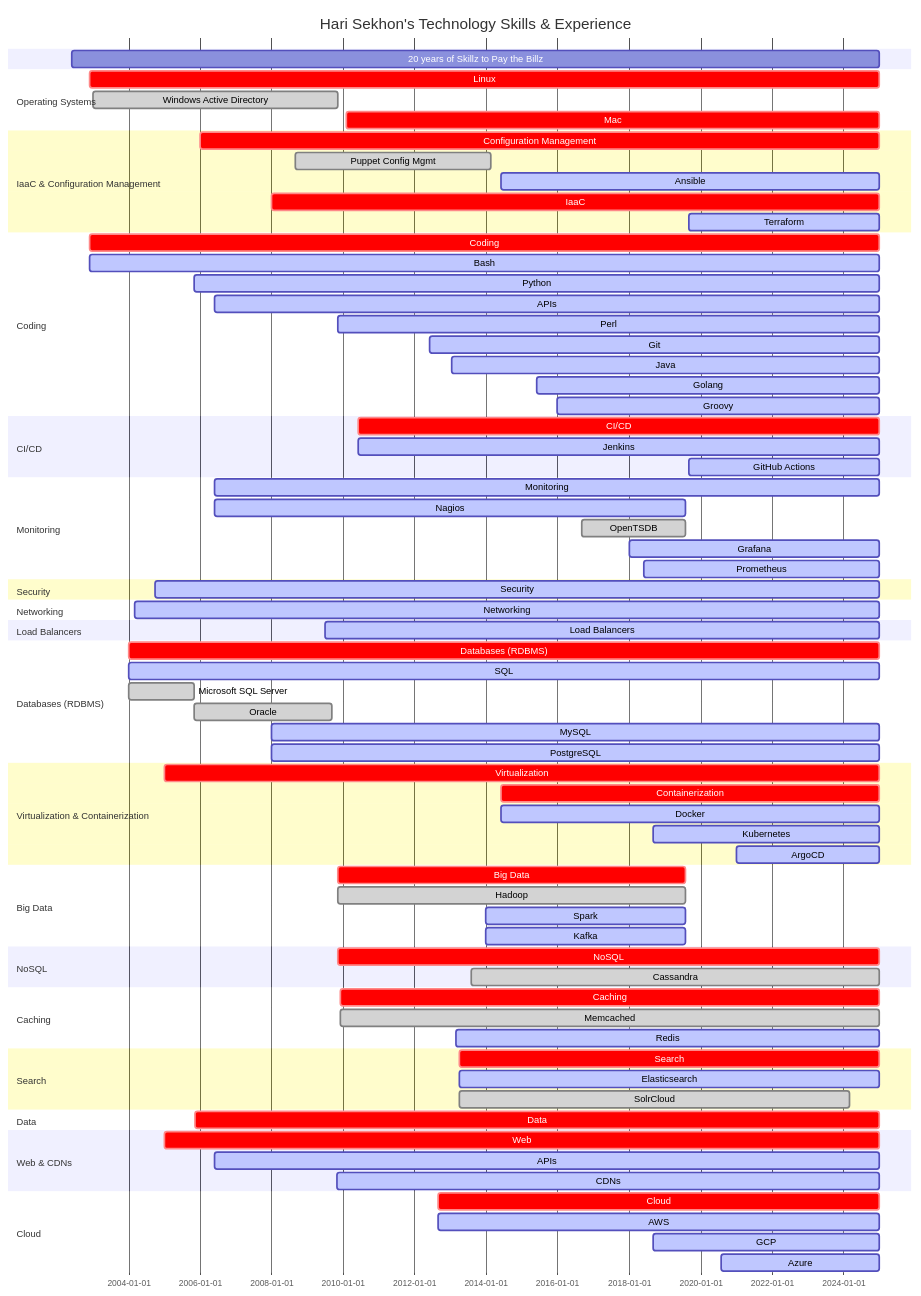
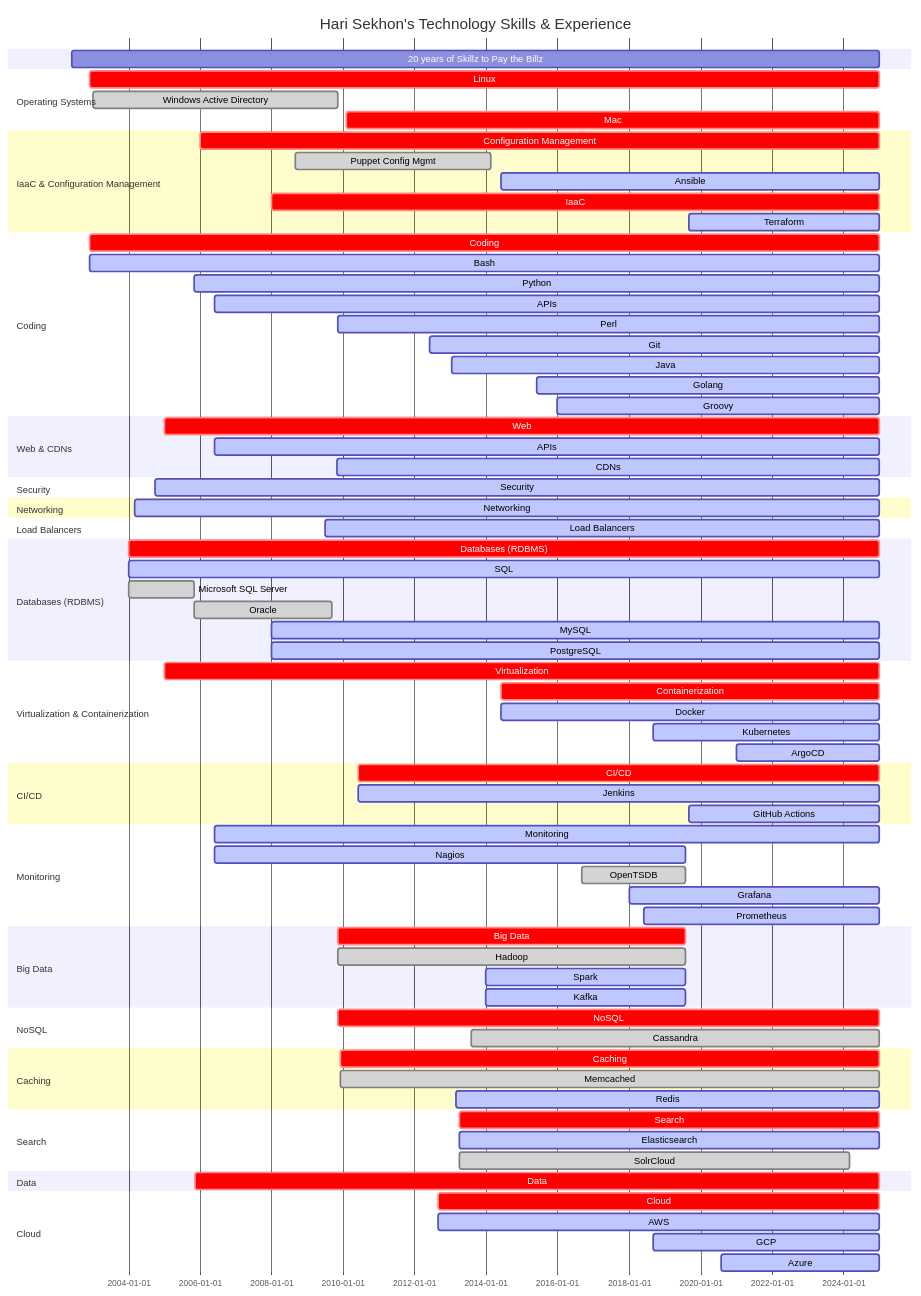
The diagram in README.md (HariSekhon/HariSekhon), drawn with Mermaid before and after one commit. The commit also changed other lines of this file, not shown here.

```diff
--- a/README.md
+++ b/README.md
@@ -328,28 +328,13 @@
     %%Git                    : active, 2012-06-01, 2024-12-31
     %%GitHub                 : active, 2012-12-31, 2024-12-31
 
-    section CI/CD
-    CI/CD                  : crit, 2010-06-01, 2024-12-31
-    Jenkins                : active, 2010-06-01, 2024-12-31
-    %%Travis CI              : done, 2014-05-01, 2019-06-31
-    GitHub Actions         : active, 2019-09-01, 2024-12-31
-    %%CircleCI               : done, 2019-09-01, 2021-12-31
-    %%BuildKite              : done, 2019-09-01, 2021-12-31
-    %%GitLab                 : active, 2019-09-01, 2022-12-31
-    %%Azure DevOps           : done, 2019-09-01, 2022-12-31
-    %%Bitbucket              : done, 2019-09-01, 2022-12-31
-    %%Concourse              : active, 2019-11-01, 2020-03-20
-    %%TeamCity               : active, 2020-08-20, 2021-02-31
-    %%CloudBuild             : active, 2020-08-20, 2023-09-31
-
-    section Monitoring
-    Monitoring             : active, 2006-06-01, 2024-12-31
-    Nagios                 : active, 2006-06-01, 2019-07-31
-    OpenTSDB               : done, 2016-09-01, 2019-07-31
-    Grafana                : active, 2018-01-01, 2024-12-31
-    Prometheus             : active, 2018-06-01, 2024-12-31
-    %%Pingdom                : done, 2020-08-20, 2023-09-17
-    %%Datadog                : done, 2022-08-20, 2023-09-17
+    section Web & CDNs
+    Web                    : crit, 2005-01-01, 2024-12-31
+    APIs                   : active, 2006-06-01, 2024-12-31
+    CDNs                   : active, 2009-11-01, 2024-12-31
+    %%UlraDNS                : done, 2009-11-01, 2012-06-31
+    %%Cotendo                : done, 2012-06-01, 2013-01-13
+    %%Cloudflare             : active, 2020-08-20, 2024-12-31
 
     section Security
     Security               : active, 2004-10-01, 2024-12-31
@@ -389,6 +374,29 @@
     Kubernetes             : active, 2018-09-01, 2024-12-31
     ArgoCD                 : active, 2021-01-01, 2024-12-31
 
+    section CI/CD
+    CI/CD                  : crit, 2010-06-01, 2024-12-31
+    Jenkins                : active, 2010-06-01, 2024-12-31
+    %%Travis CI              : done, 2014-05-01, 2019-06-31
+    GitHub Actions         : active, 2019-09-01, 2024-12-31
+    %%CircleCI               : done, 2019-09-01, 2021-12-31
+    %%BuildKite              : done, 2019-09-01, 2021-12-31
+    %%GitLab                 : active, 2019-09-01, 2022-12-31
+    %%Azure DevOps           : done, 2019-09-01, 2022-12-31
+    %%Bitbucket              : done, 2019-09-01, 2022-12-31
+    %%Concourse              : active, 2019-11-01, 2020-03-20
+    %%TeamCity               : active, 2020-08-20, 2021-02-31
+    %%CloudBuild             : active, 2020-08-20, 2023-09-31
+
+    section Monitoring
+    Monitoring             : active, 2006-06-01, 2024-12-31
+    Nagios                 : active, 2006-06-01, 2019-07-31
+    OpenTSDB               : done, 2016-09-01, 2019-07-31
+    Grafana                : active, 2018-01-01, 2024-12-31
+    Prometheus             : active, 2018-06-01, 2024-12-31
+    %%Pingdom                : done, 2020-08-20, 2023-09-17
+    %%Datadog                : done, 2022-08-20, 2023-09-17
+
     section Big Data
     Big Data               : crit, 2009-11-13, 2019-07-31
     Hadoop                 : done, 2009-11-13, 2019-07-31
@@ -426,14 +434,6 @@
     %%Data Validation        : done, 2006-06-01, 2024-12-31
     %%Data Science           : done, 2013-01-18, 2024-12-31
 
-    section Web & CDNs
-    Web                    : crit, 2005-01-01, 2024-12-31
-    APIs                   : active, 2006-06-01, 2024-12-31
-    CDNs                   : active, 2009-11-01, 2024-12-31
-    %%UlraDNS                : done, 2009-11-01, 2012-06-31
-    %%Cotendo                : done, 2012-06-01, 2013-01-13
-    %%Cloudflare             : active, 2020-08-20, 2024-12-31
-
     section Cloud
     Cloud            : crit, 2012-09-01, 2024-12-31
     AWS              : active, 2012-09-01, 2024-12-31
```
